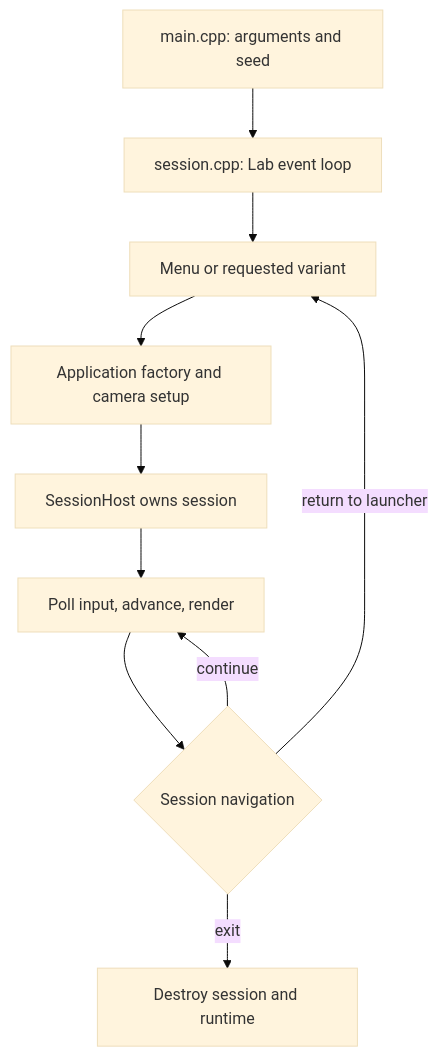
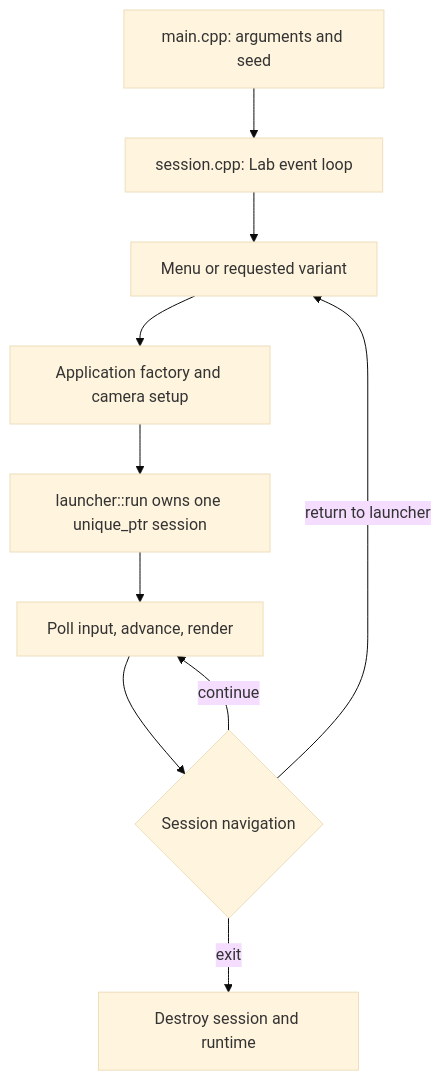
The diagram in launcher/src/README.md (SMB-M87/Kinetra-Lab), drawn with Mermaid (base theme) before and after one commit. The commit also changed 2 other files, not shown here.

Commit message:
docs(launcher): describe the Lab loop that actually owns sessions
The docs claimed kinetra::SessionHost owns launcher sessions; launcher::run
owns a unique_ptr<lab::Session> in its own loop. Moving to SessionHost is
planned in the quality roadmap.

````diff
--- a/launcher/src/README.md
+++ b/launcher/src/README.md
@@ -17,12 +17,12 @@
 ```mermaid
 flowchart TD
     Main["main.cpp: arguments and seed"] --> Loop["session.cpp: Lab event loop"]
     Loop --> Select["Menu or requested variant"]
     Select --> Factory["Application factory and camera setup"]
-    Factory --> Host["SessionHost owns session"]
-    Host --> Frame["Poll input, advance, render"]
+    Factory --> Owner["launcher::run owns one unique_ptr session"]
+    Owner --> Frame["Poll input, advance, render"]
     Frame --> Action{"Session navigation"}
     Action -->|continue| Frame
     Action -->|return to launcher| Select
     Action -->|exit| Shutdown["Destroy session and runtime"]
 ```
````
